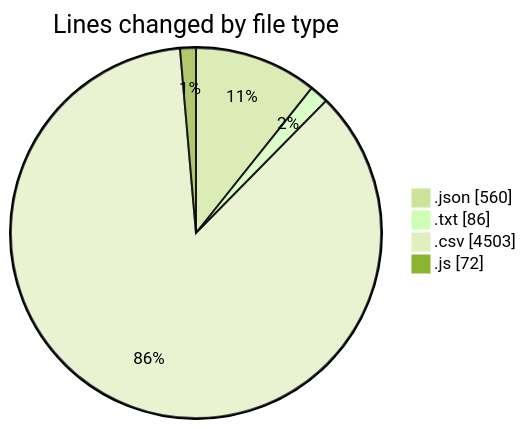
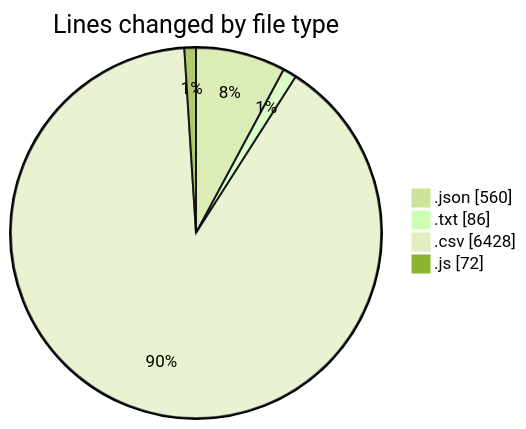
Before and after one commit to EIIisD/code-tracking: the first of 2 diagrams in 2025-07-27/refunds/README.md, drawn with Mermaid (forest theme). The commit also changed other lines of this file and 1 other file, not shown here.

````diff
--- a/2025-07-27/refunds/README.md
+++ b/2025-07-27/refunds/README.md
@@ -26,8 +26,8 @@
 ```mermaid
 pie showData
 title Lines changed by file type
 ".json" : 560
 ".txt" : 86
-".csv" : 4503
+".csv" : 6428
 ".js" : 72
 ```
````
